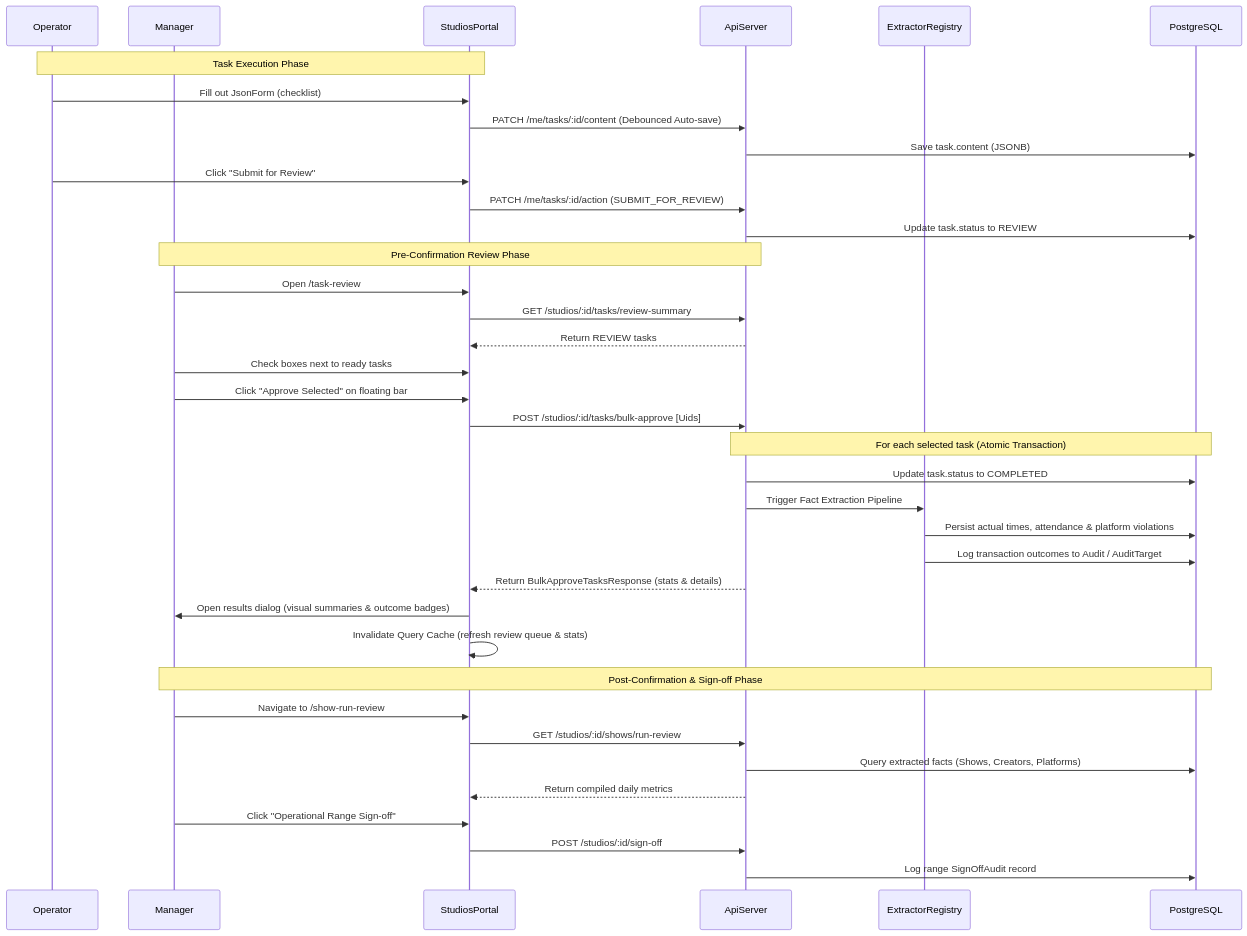
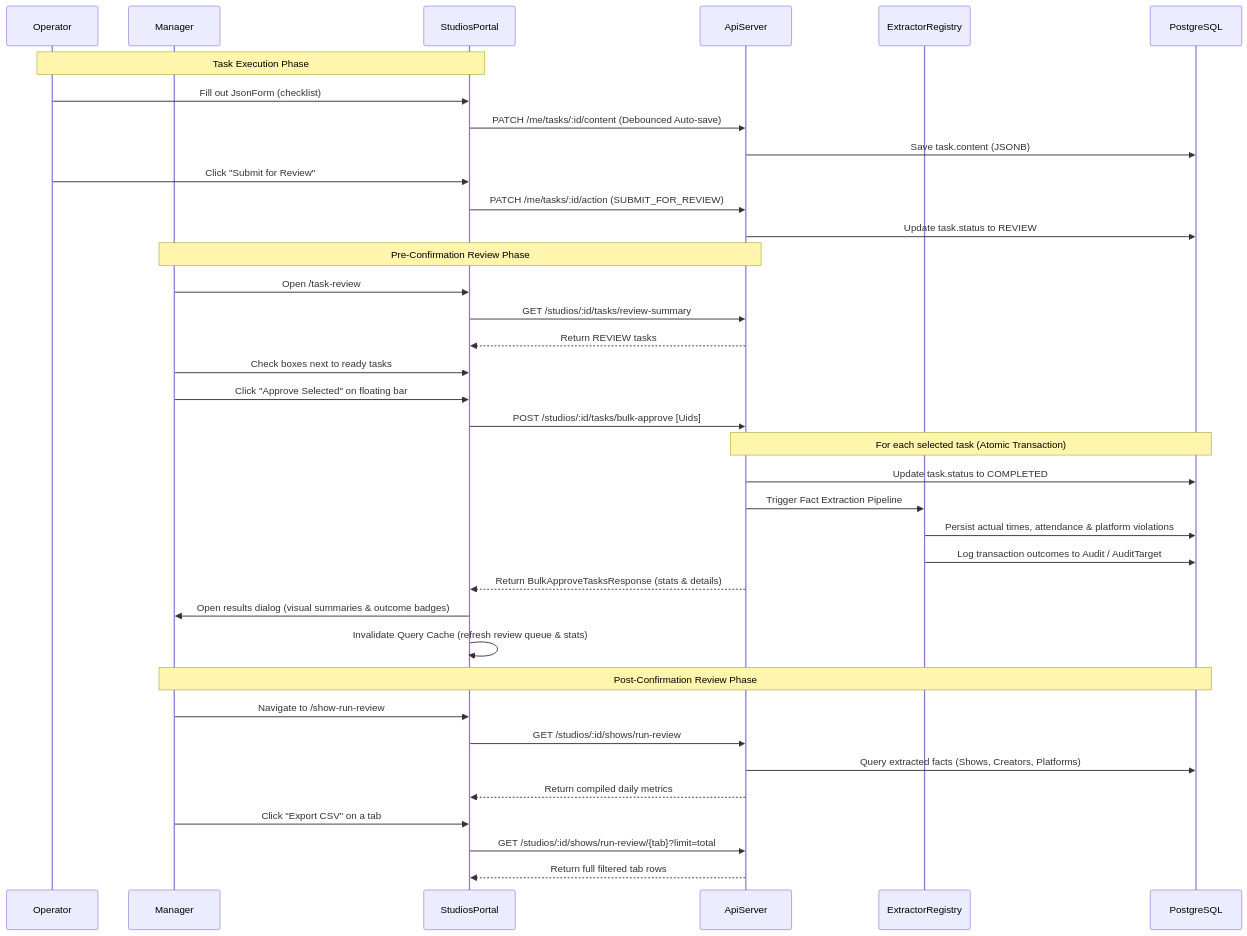
One commit to allenlin90/eridu-services changed the diagram in docs/workflows/task-and-operations-review.md. Above: the diagram before and after it, drawn with Mermaid. The commit also changed other lines of this file and 31 other files, not shown here.

First line of the commit message:
refactor(show-run-review): retire range sign-off, add CSV export (12.4.7) (#120)

````diff
--- a/docs/workflows/task-and-operations-review.md
+++ b/docs/workflows/task-and-operations-review.md
@@ -91,44 +91,44 @@
 ```mermaid
 sequenceDiagram
     participant Operator
     participant Manager
     participant StudiosPortal
     participant ApiServer
     participant ExtractorRegistry
     participant PostgreSQL
 
     Note over Operator, StudiosPortal: Task Execution Phase
     Operator->>StudiosPortal: Fill out JsonForm (checklist)
     StudiosPortal->>ApiServer: PATCH /me/tasks/:id/content (Debounced Auto-save)
     ApiServer->>PostgreSQL: Save task.content (JSONB)
     Operator->>StudiosPortal: Click "Submit for Review"
     StudiosPortal->>ApiServer: PATCH /me/tasks/:id/action (SUBMIT_FOR_REVIEW)
     ApiServer->>PostgreSQL: Update task.status to REVIEW
 
     Note over Manager, ApiServer: Pre-Confirmation Review Phase
     Manager->>StudiosPortal: Open /task-review
     StudiosPortal->>ApiServer: GET /studios/:id/tasks/review-summary
     ApiServer-->>StudiosPortal: Return REVIEW tasks
     Manager->>StudiosPortal: Check boxes next to ready tasks
     Manager->>StudiosPortal: Click "Approve Selected" on floating bar
     StudiosPortal->>ApiServer: POST /studios/:id/tasks/bulk-approve [Uids]
 
     Note over ApiServer, PostgreSQL: For each selected task (Atomic Transaction)
     ApiServer->>PostgreSQL: Update task.status to COMPLETED
     ApiServer->>ExtractorRegistry: Trigger Fact Extraction Pipeline
     ExtractorRegistry->>PostgreSQL: Persist actual times, attendance & platform violations
     ExtractorRegistry->>PostgreSQL: Log transaction outcomes to Audit / AuditTarget
 
     ApiServer-->>StudiosPortal: Return BulkApproveTasksResponse (stats & details)
     StudiosPortal->>Manager: Open results dialog (visual summaries & outcome badges)
     StudiosPortal->>StudiosPortal: Invalidate Query Cache (refresh review queue & stats)
 
-    Note over Manager, PostgreSQL: Post-Confirmation & Sign-off Phase
+    Note over Manager, PostgreSQL: Post-Confirmation Review Phase
     Manager->>StudiosPortal: Navigate to /show-run-review
     StudiosPortal->>ApiServer: GET /studios/:id/shows/run-review
     ApiServer->>PostgreSQL: Query extracted facts (Shows, Creators, Platforms)
     ApiServer-->>StudiosPortal: Return compiled daily metrics
-    Manager->>StudiosPortal: Click "Operational Range Sign-off"
-    StudiosPortal->>ApiServer: POST /studios/:id/sign-off
-    ApiServer->>PostgreSQL: Log range SignOffAudit record
+    Manager->>StudiosPortal: Click "Export CSV" on a tab
+    StudiosPortal->>ApiServer: GET /studios/:id/shows/run-review/{tab}?limit=total
+    ApiServer-->>StudiosPortal: Return full filtered tab rows
 ```
````
